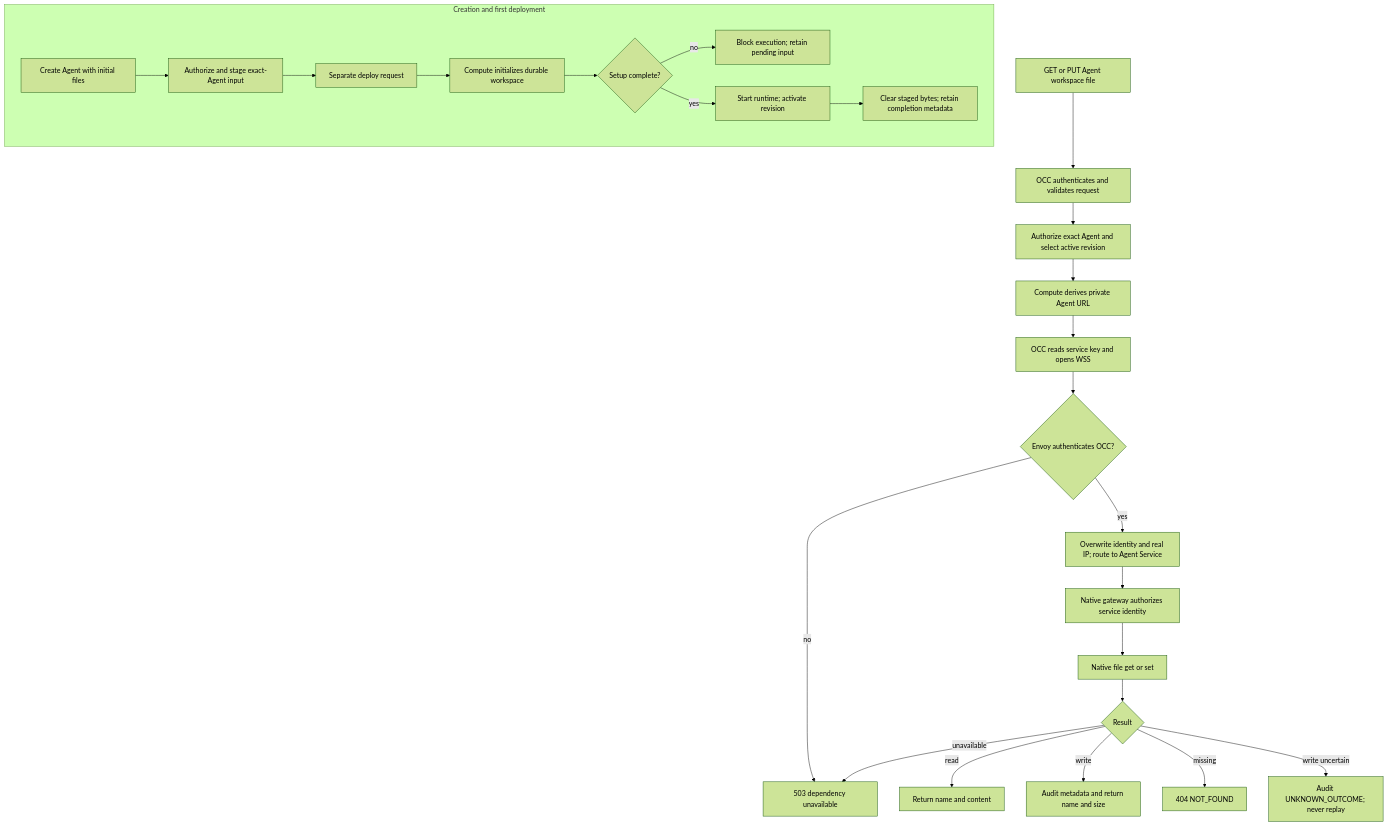
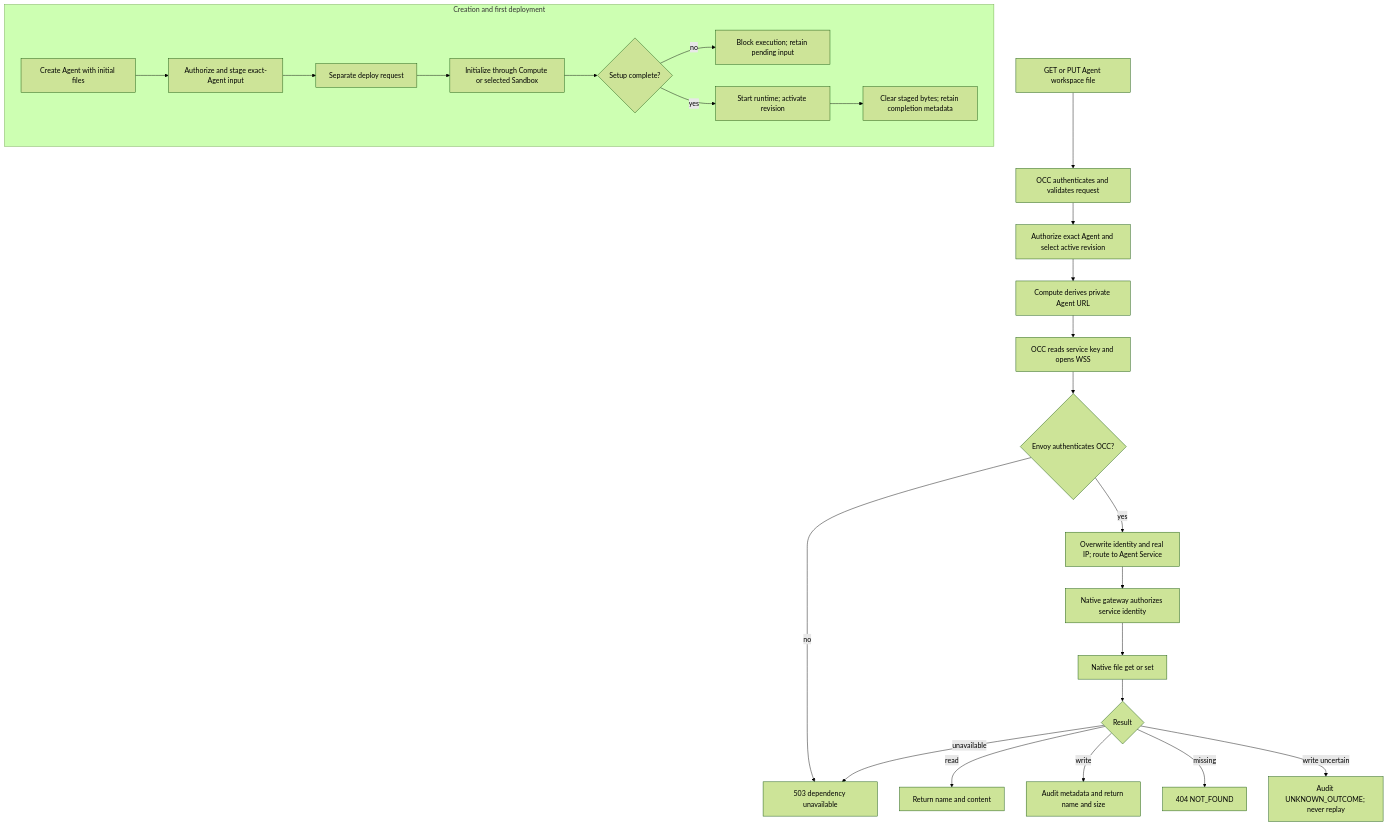
Before and after one commit to PalmPalm7/openclaw-enterprise: the diagram in docs/flows/workspace-files.md, drawn with Mermaid (forest theme). The commit also changed other lines of this file and 133 other files, not shown here.

````diff
--- a/docs/flows/workspace-files.md
+++ b/docs/flows/workspace-files.md
@@ -40,27 +40,27 @@
 ```mermaid
 graph TD
   subgraph Initial["Creation and first deployment"]
     S["Create Agent with initial files"] --> T["Authorize and stage exact-Agent input"]
     T --> U["Separate deploy request"]
-    U --> V["Compute initializes durable workspace"]
+    U --> V["Initialize through Compute or selected Sandbox"]
     V --> W{"Setup complete?"}
     W -->|no| X["Block execution; retain pending input"]
     W -->|yes| Y["Start runtime; activate revision"]
     Y --> Z["Clear staged bytes; retain completion metadata"]
   end
   A["GET or PUT Agent workspace file"] --> B["OCC authenticates and validates request"]
   B --> C["Authorize exact Agent and select active revision"]
   C --> D["Compute derives private Agent URL"]
   D --> E["OCC reads service key and opens WSS"]
   E --> F{"Envoy authenticates OCC?"}
   F -->|no| G["503 dependency unavailable"]
   F -->|yes| H["Overwrite identity and real IP; route to Agent Service"]
   H --> I["Native gateway authorizes service identity"]
   I --> J["Native file get or set"]
   J --> K{"Result"}
   K -->|read| L["Return name and content"]
   K -->|write| M["Audit metadata and return name and size"]
   K -->|missing| N["404 NOT_FOUND"]
   K -->|unavailable| G
   K -->|write uncertain| O["Audit UNKNOWN_OUTCOME; never replay"]
 ```
````
